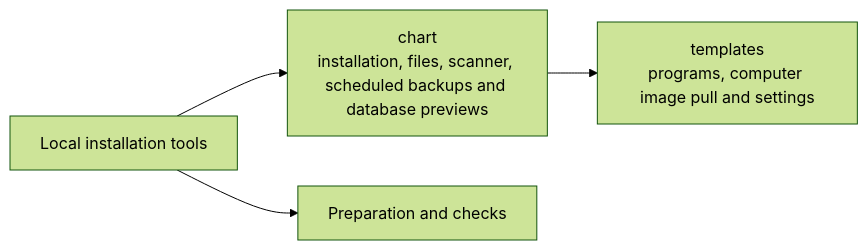
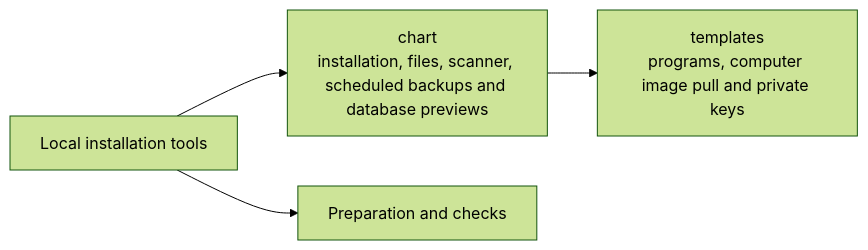
Before and after one commit to elewa-git/opencrane-new: the diagram in infra/package/chart/README.md, drawn with Mermaid (forest theme). The commit also changed other lines of this file and 144 other files, not shown here.

````diff
--- a/infra/package/chart/README.md
+++ b/infra/package/chart/README.md
@@ -38,6 +39,6 @@
 ```mermaid
 flowchart LR
   package["Local installation tools"] --> chart["chart<br/>installation, files, scanner, scheduled backups and database previews"]
   package --> prepare["Preparation and checks"]
-  chart --> templates["templates<br/>programs, computer image pull and settings"]
+  chart --> templates["templates<br/>programs, computer image pull and private keys"]
 ```
````
